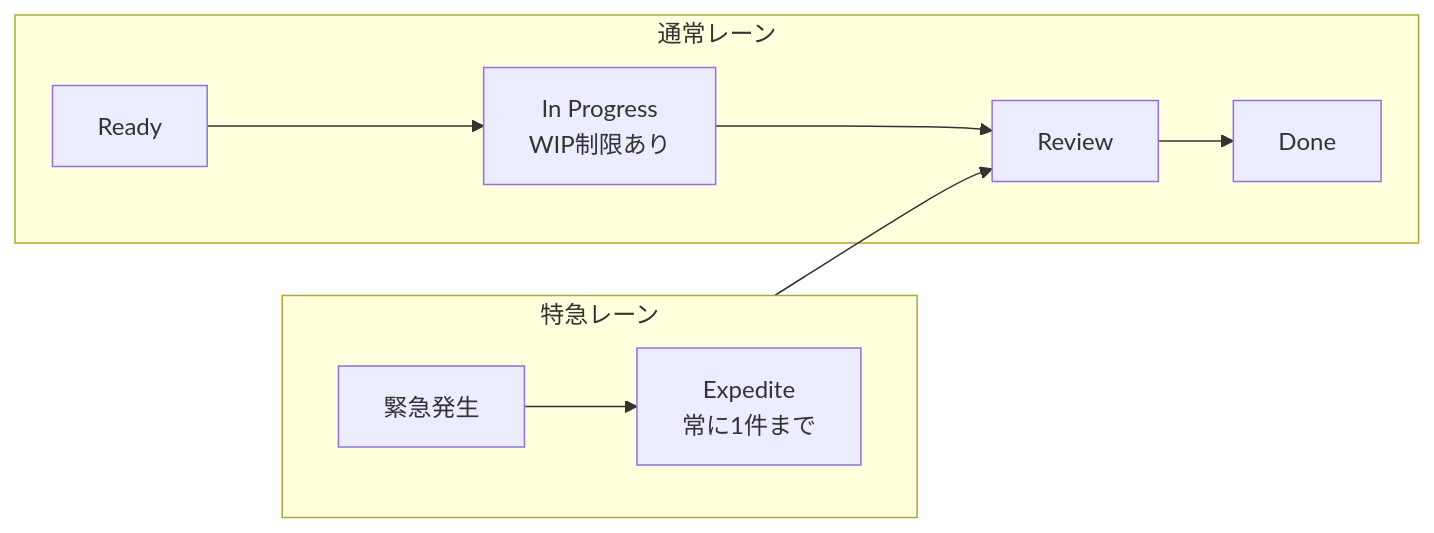
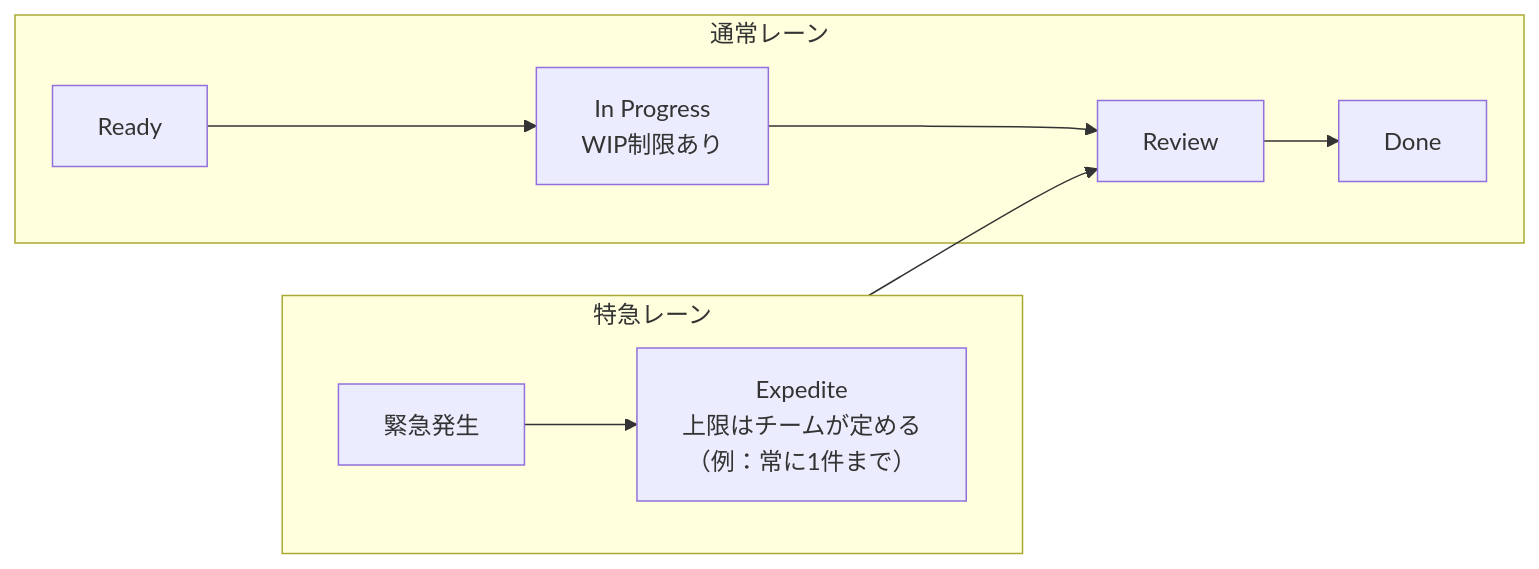
Before and after one commit to myoshi2891/Management-Team-Building-Studies: the fifth of 5 diagrams in Professional-Scrum-with-Kanban.md, drawn with Mermaid. The commit also changed other lines of this file and 1 other file, not shown here.

````diff
--- a/Professional-Scrum-with-Kanban.md
+++ b/Professional-Scrum-with-Kanban.md
@@ -313,10 +313,10 @@
 ```mermaid
 flowchart LR
     subgraph 通常レーン
         N1["Ready"] --> N2["In Progress<br/>WIP制限あり"] --> N3["Review"] --> N4["Done"]
     end
     subgraph 特急レーン
         direction LR
-        E1["緊急発生"] --> E2["Expedite<br/>常に1件まで"] --> N3
+        E1["緊急発生"] --> E2["Expedite<br/>上限はチームが定める<br/>（例：常に1件まで）"] --> N3
     end
 ```
````
